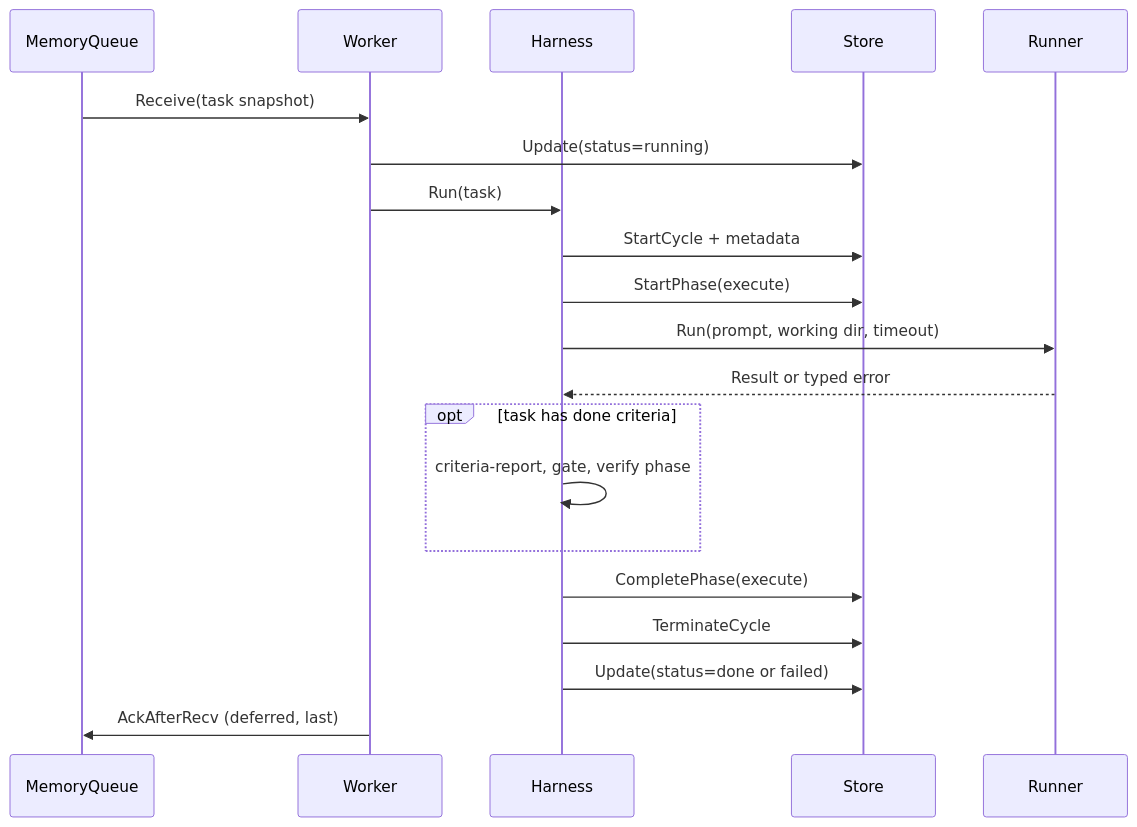
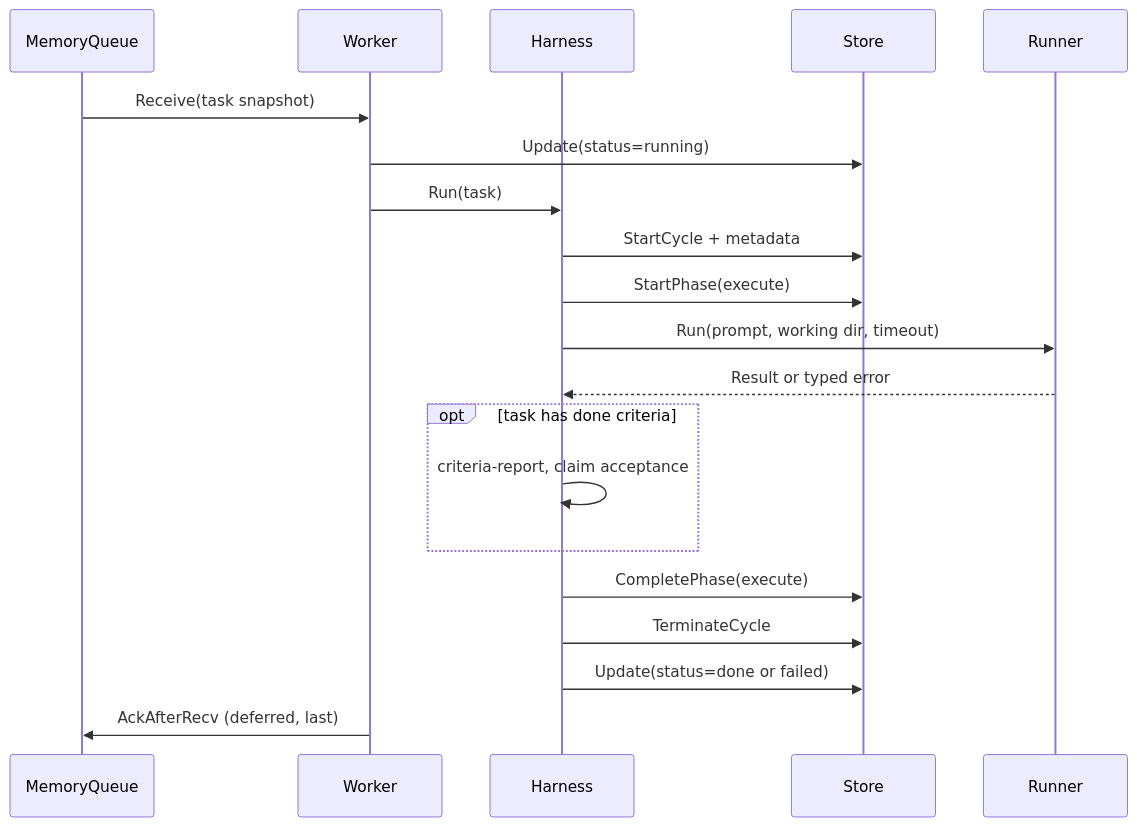
One commit to Hamix-Labs/project-management changed the fourth of 4 diagrams in docs/architecture.md. Above: the diagram before and after it, drawn with Mermaid. The commit also changed other lines of this file and 9 other files, not shown here.

First line of the commit message:
docs: align operator articles with claim-only acceptance (ADR-0092)

````diff
--- a/docs/architecture.md
+++ b/docs/architecture.md
@@ -298,23 +298,23 @@
 ```mermaid
 sequenceDiagram
   participant Q as MemoryQueue
   participant W as Worker
   participant H as Harness
   participant S as Store
   participant R as Runner
 
   Q->>W: Receive(task snapshot)
   W->>S: Update(status=running)
   W->>H: Run(task)
   H->>S: StartCycle + metadata
   H->>S: StartPhase(execute)
   H->>R: Run(prompt, working dir, timeout)
   R-->>H: Result or typed error
   opt task has done criteria
-    H->>H: criteria-report, gate, verify phase
+    H->>H: criteria-report, claim acceptance
   end
   H->>S: CompletePhase(execute)
   H->>S: TerminateCycle
   H->>S: Update(status=done or failed)
   W->>Q: AckAfterRecv (deferred, last)
 ```
````
